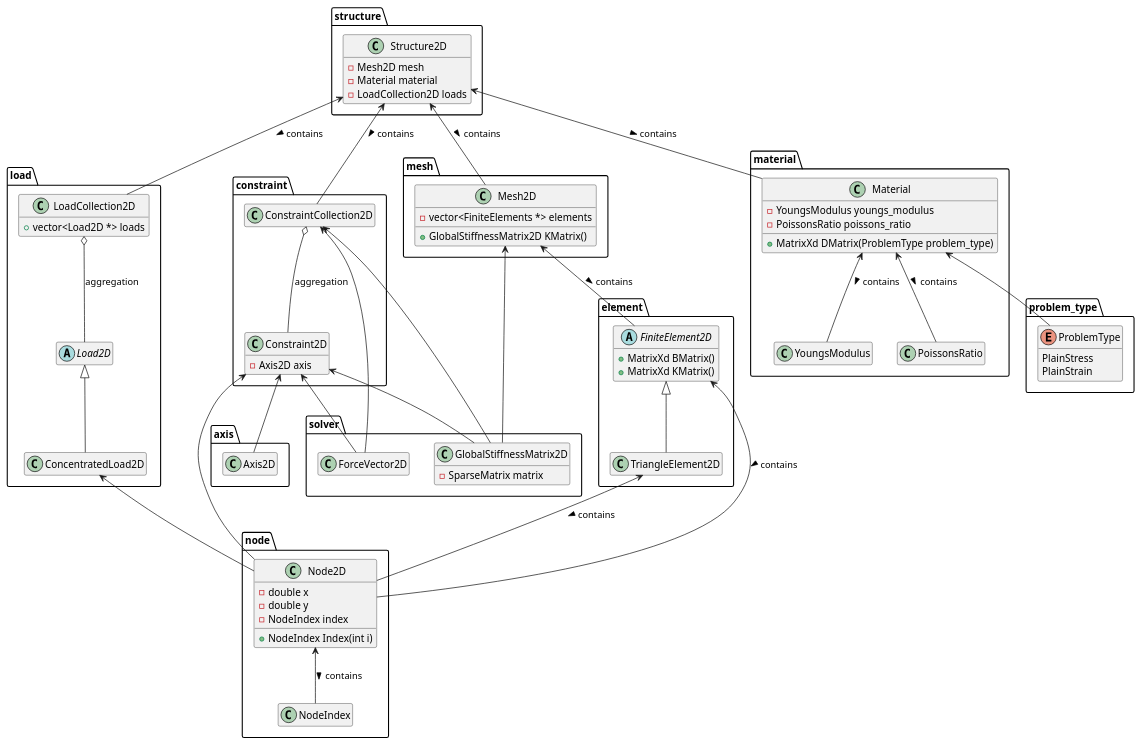
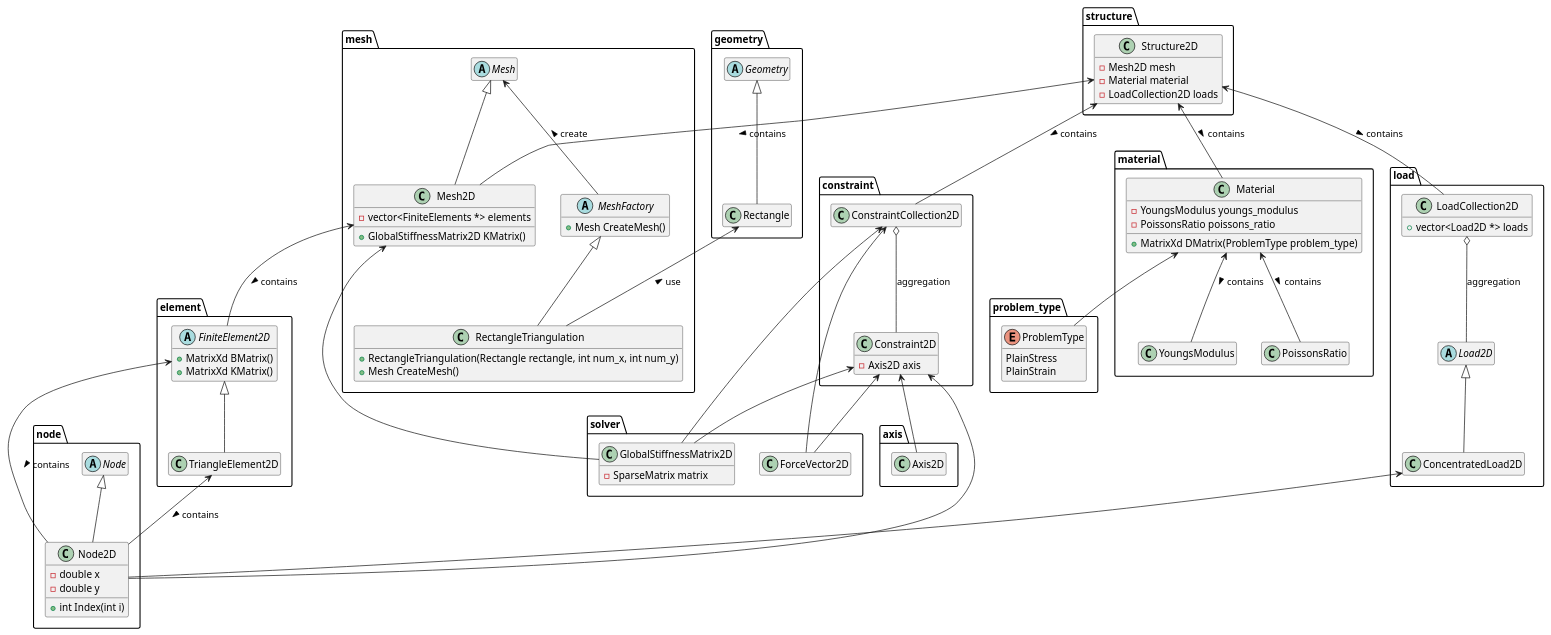
One commit to KotaTsuboi/fem changed the diagram in class_diagram.puml. Above: the diagram before and after it, drawn with PlantUML. The commit also changed 59 other files, not shown here.

```diff
--- a/class_diagram.puml
+++ b/class_diagram.puml
@@ -1,106 +1,123 @@
 @startuml
 
 hide empty members
 
 package structure {
     class Structure2D {
         - Mesh2D mesh
         - Material material
         - LoadCollection2D loads 
     }
 }
 
 package axis {
     class Axis2D
 }
 
 package load {
     abstract class Load2D
     class LoadCollection2D {
         + vector<Load2D *> loads
     }
     class ConcentratedLoad2D extends Load2D
 }
 
 package constraint {
     class ConstraintCollection2D {
     }
     class Constraint2D {
         - Axis2D axis
     }
 }
 
 package solver {
     class GlobalStiffnessMatrix2D {
         - SparseMatrix matrix
     }
     class ForceVector2D {
 
     }
 }
 
+package geometry {
+    abstract class Geometry {
+    }
+    class Rectangle extends Geometry {
+    }
+}
+
 package mesh {
-    class Mesh2D {
+    abstract class Mesh {
+    }
+    class Mesh2D extends Mesh {
         - vector<FiniteElements *> elements
         + GlobalStiffnessMatrix2D KMatrix()
+    }
+    abstract class MeshFactory {
+        + Mesh CreateMesh()
+    }
+    class RectangleTriangulation extends MeshFactory {
+        + RectangleTriangulation(Rectangle rectangle, int num_x, int num_y)
+        + Mesh CreateMesh()
     }
 }
 
 package element {
     abstract class FiniteElement2D {
         + MatrixXd BMatrix()
         + MatrixXd KMatrix()
     }
     class TriangleElement2D extends FiniteElement2D
 }
 
 package material {
     class Material {
         - YoungsModulus youngs_modulus
         - PoissonsRatio poissons_ratio
         + MatrixXd DMatrix(ProblemType problem_type)
     }
     class PoissonsRatio
     class YoungsModulus
 }
 
 package node {
-    class Node2D {
+    abstract class Node {
+    }
+    class Node2D extends Node {
         - double x
         - double y
-        - NodeIndex index
-        + NodeIndex Index(int i)
+        + int Index(int i)
     }
-    class NodeIndex
 }
 
 package problem_type {
     enum ProblemType {
         PlainStress
         PlainStrain
     }
 }
 
 ConstraintCollection2D o-- Constraint2D : aggregation
 ConstraintCollection2D <-- ForceVector2D
 ConstraintCollection2D <-- GlobalStiffnessMatrix2D 
 Constraint2D <-- Axis2D
 Constraint2D <-- ForceVector2D
 Constraint2D <-- GlobalStiffnessMatrix2D
 Constraint2D <-- Node2D
 Structure2D <-- Mesh2D : contains >
 Structure2D <-- Material : contains >
 Structure2D <-- ConstraintCollection2D : contains >
 LoadCollection2D o-- Load2D : aggregation
 Structure2D <-- LoadCollection2D : contains >
+Mesh <-- MeshFactory : < create
 Mesh2D <-- GlobalStiffnessMatrix2D
 Mesh2D <-- FiniteElement2D : contains >
-Node2D <-- NodeIndex : contains >
+Rectangle <-- RectangleTriangulation : < use
 FiniteElement2D <-- Node2D : contains >
 TriangleElement2D <-- Node2D : contains >
 Material <-- PoissonsRatio : contains >
 Material <-- YoungsModulus : contains >
 Material <-- ProblemType
 ConcentratedLoad2D <-- Node2D
 
 @enduml
```
